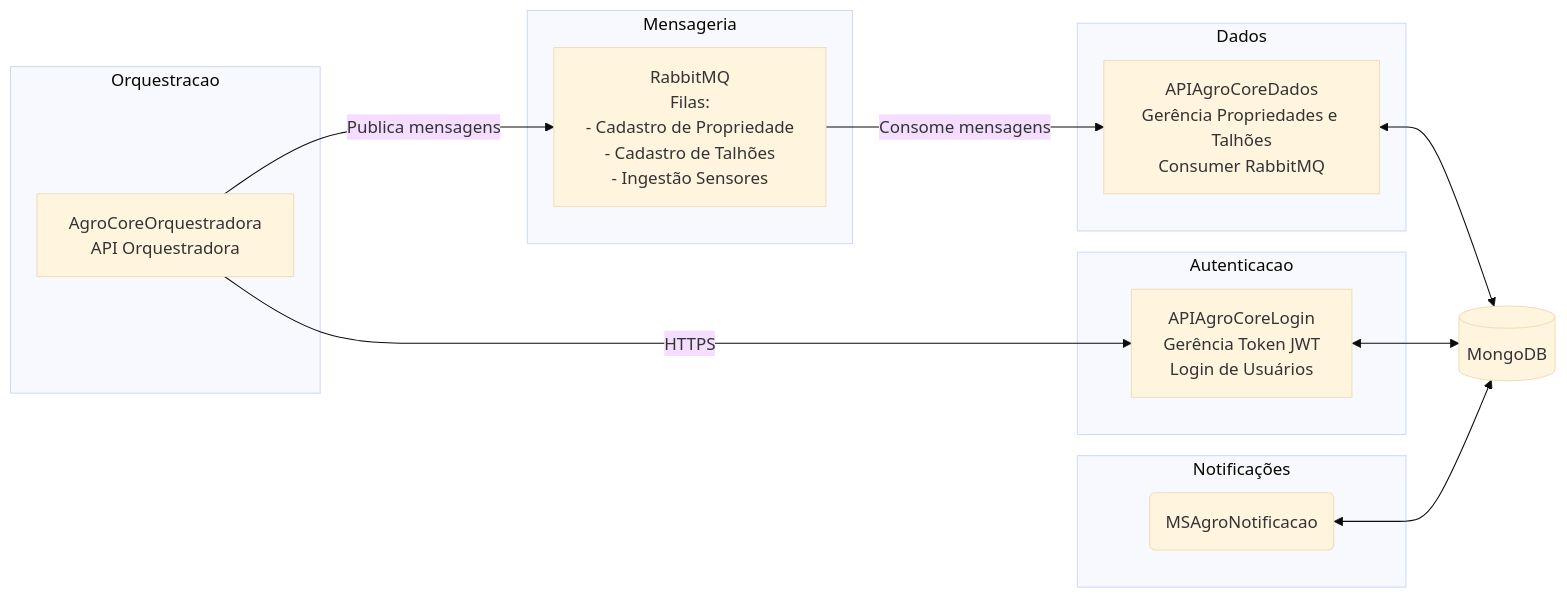
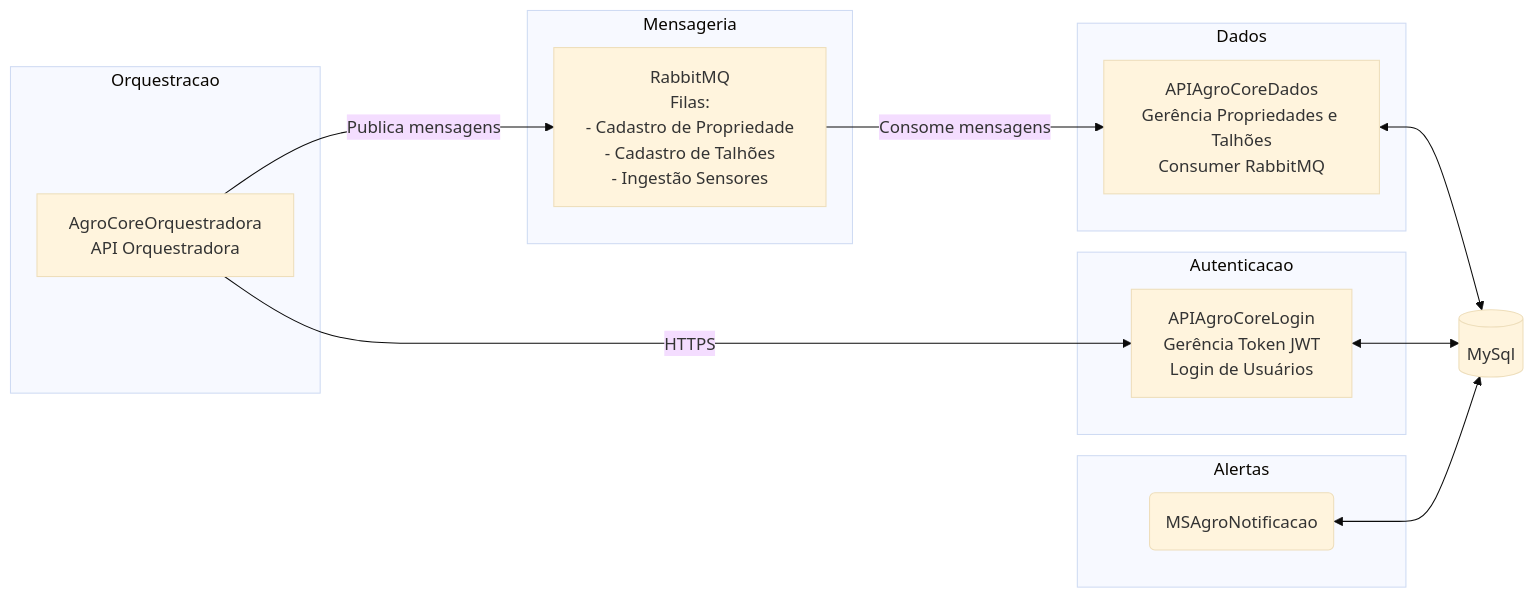
One commit to Gustavo00-dev/AgroCore changed the first of 2 diagrams in README.md. Above: the diagram before and after it, drawn with Mermaid (base theme). The commit also changed other lines of this file, not shown here.

````diff
--- a/README.md
+++ b/README.md
@@ -6,34 +6,34 @@
 ```mermaid
 flowchart LR
 
     subgraph Orquestracao
         A["AgroCoreOrquestradora<br>API Orquestradora"]
     end
 
     subgraph Autenticacao
         B["APIAgroCoreLogin<br>Gerência Token JWT<br>Login de Usuários"]
        
     end
 
     subgraph Mensageria
         D["RabbitMQ<br>Filas:<br>- Cadastro de Propriedade<br>- Cadastro de Talhões<br>- Ingestão Sensores"]
     end
 
-    subgraph Notificações
+    subgraph Alertas
         F(MSAgroNotificacao)
     end
 
     subgraph Dados
         E["APIAgroCoreDados<br>Gerência Propriedades e Talhões<br>Consumer RabbitMQ"]
     end
 
-    C[(MongoDB)]
+    C[(MySql)]
     
     A -->|HTTPS| B
     A -->|Publica mensagens| D
     D -->|Consome mensagens| E
     E <--> C
     B <--> C
     F <--> C
 
 ```
````
